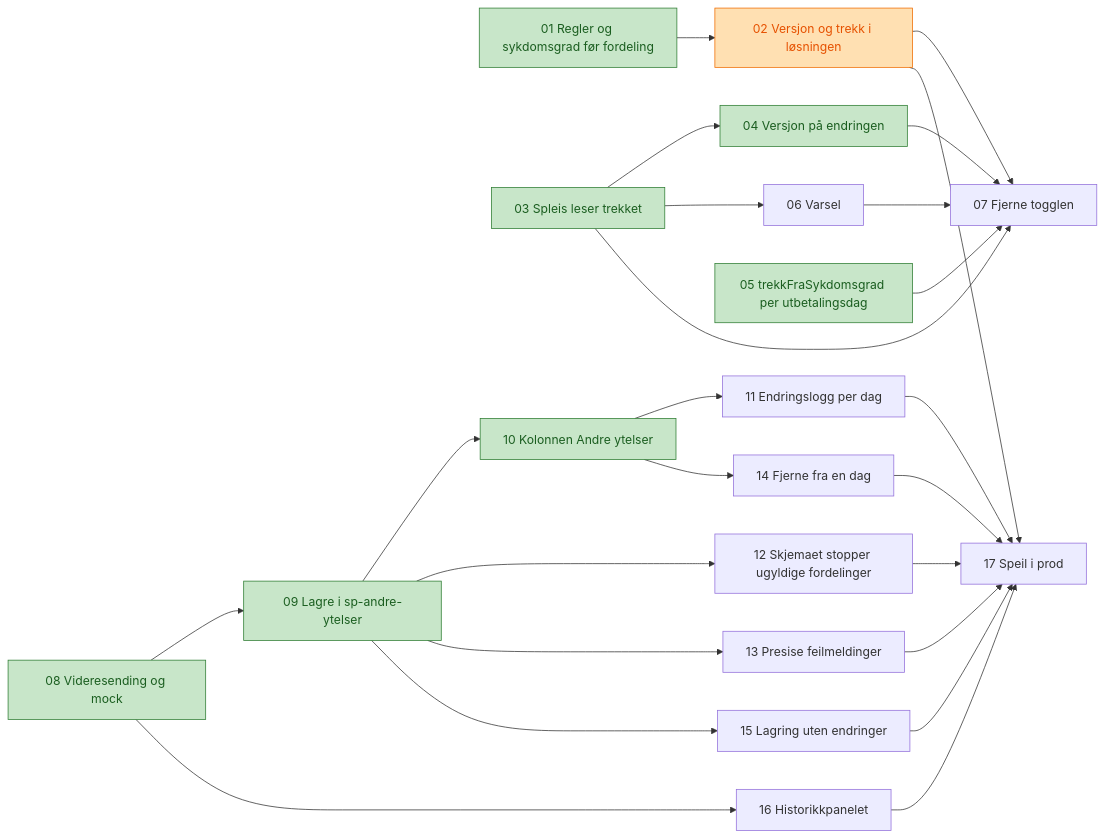
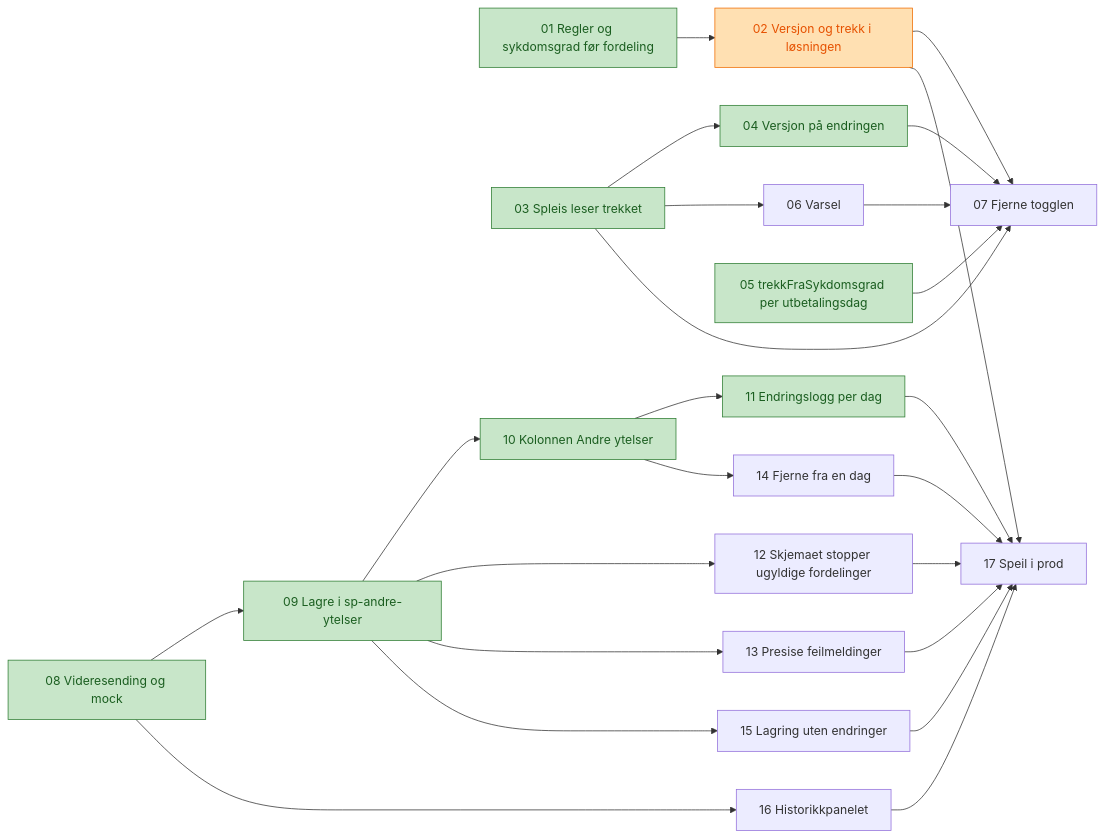
One commit to navikt/helse-sas-meta changed the diagram in docs/tickets/graderte-andre-ytelser/index.md. Above: the diagram before and after it, drawn with Mermaid. The commit also changed other lines of this file and 2 other files, not shown here.

Commit message:
📝 Oppdaterer ticket 11 i graderte andre ytelser

````diff
--- a/docs/tickets/graderte-andre-ytelser/index.md
+++ b/docs/tickets/graderte-andre-ytelser/index.md
@@ -25,31 +25,31 @@
 ```mermaid
 flowchart LR
     T01[01 Regler og sykdomsgrad før fordeling] --> T02[02 Versjon og trekk i løsningen]
     T03[03 Spleis leser trekket] --> T04[04 Versjon på endringen]
     T03 --> T06[06 Varsel]
     T02 --> T07[07 Fjerne togglen]
     T03 --> T07
     T04 --> T07
     T05[05 trekkFraSykdomsgrad per utbetalingsdag] --> T07
     T06 --> T07
     T08[08 Videresending og mock] --> T09[09 Lagre i sp-andre-ytelser]
     T09 --> T10[10 Kolonnen Andre ytelser]
     T10 --> T11[11 Endringslogg per dag]
     T09 --> T12[12 Skjemaet stopper ugyldige fordelinger]
     T09 --> T13[13 Presise feilmeldinger]
     T10 --> T14[14 Fjerne fra en dag]
     T09 --> T15[15 Lagring uten endringer]
     T08 --> T16[16 Historikkpanelet]
     T02 --> T17[17 Speil i prod]
     T11 --> T17
     T12 --> T17
     T13 --> T17
     T14 --> T17
     T15 --> T17
     T16 --> T17
 
     classDef ferdig fill:#c8e6c9,stroke:#2e7d32,color:#1b5e20
     classDef pagar fill:#ffe0b2,stroke:#ef6c00,color:#e65100
-    class T01,T03,T04,T05,T08,T09,T10 ferdig
+    class T01,T03,T04,T05,T08,T09,T10,T11 ferdig
     class T02 pagar
 ```
````
